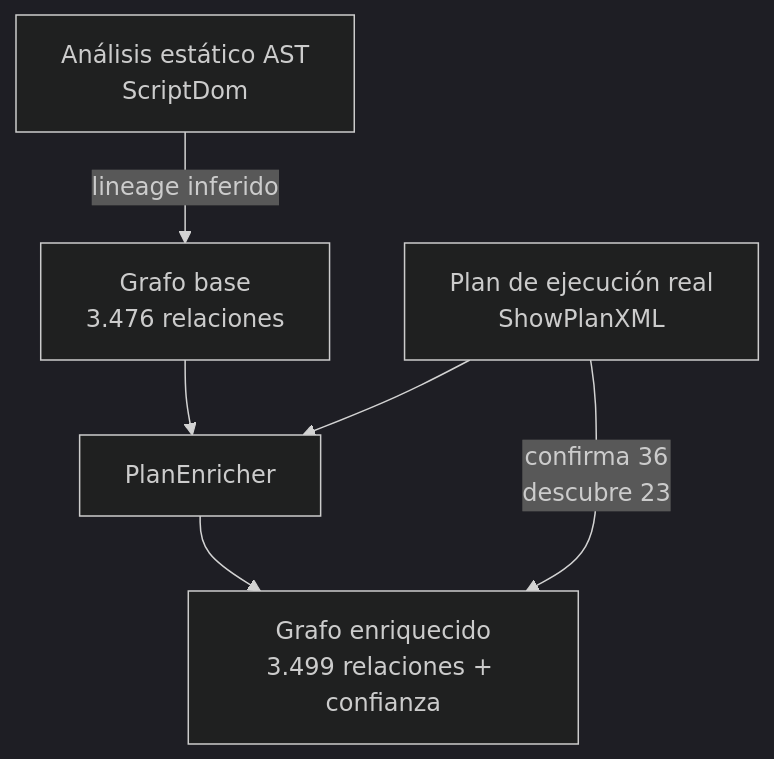
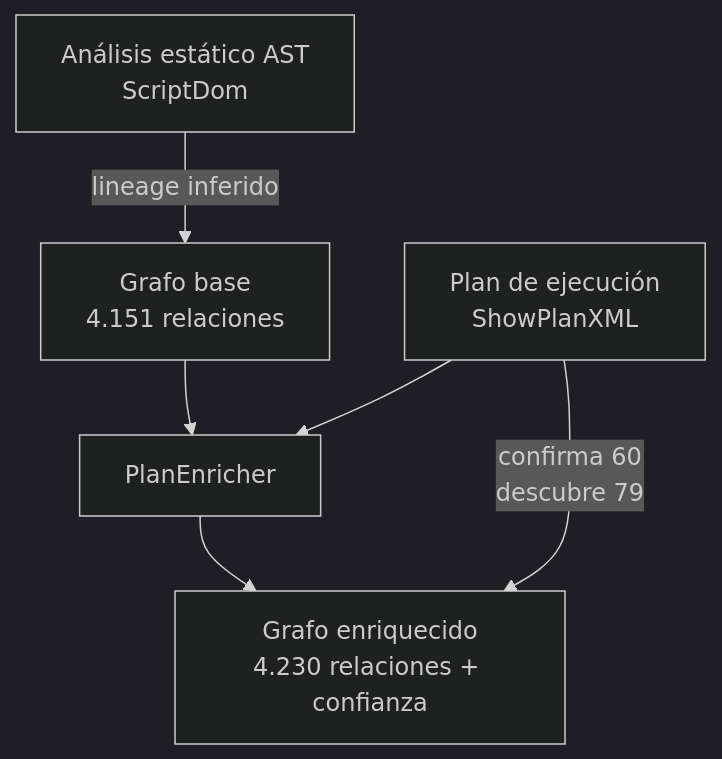
Before and after one commit to rcm-on/quarz-blog: the third of 3 diagrams in content/04 Arquitectura IA/datos-navegables-para-agentes.md, drawn with Mermaid (dark theme). The commit also changed other lines of this file and 4 other files, not shown here.

````diff
--- a/content/04 Arquitectura IA/datos-navegables-para-agentes.md
+++ b/content/04 Arquitectura IA/datos-navegables-para-agentes.md
@@ -87,8 +93,8 @@
 ```mermaid
 graph TD
-    AST[Análisis estático AST\nScriptDom] -->|lineage inferido| G1[Grafo base\n3.476 relaciones]
-    PLAN[Plan de ejecución real\nShowPlanXML] -->|confirma 36\ndescubre 23| G2[Grafo enriquecido\n3.499 relaciones + confianza]
+    AST[Análisis estático AST\nScriptDom] -->|lineage inferido| G1[Grafo base\n4.151 relaciones]
+    PLAN[Plan de ejecución\nShowPlanXML] -->|confirma 60\ndescubre 79| G2[Grafo enriquecido\n4.230 relaciones + confianza]
     G1 --> ENRICHER[PlanEnricher]
     PLAN --> ENRICHER
     ENRICHER --> G2
 ```
````
